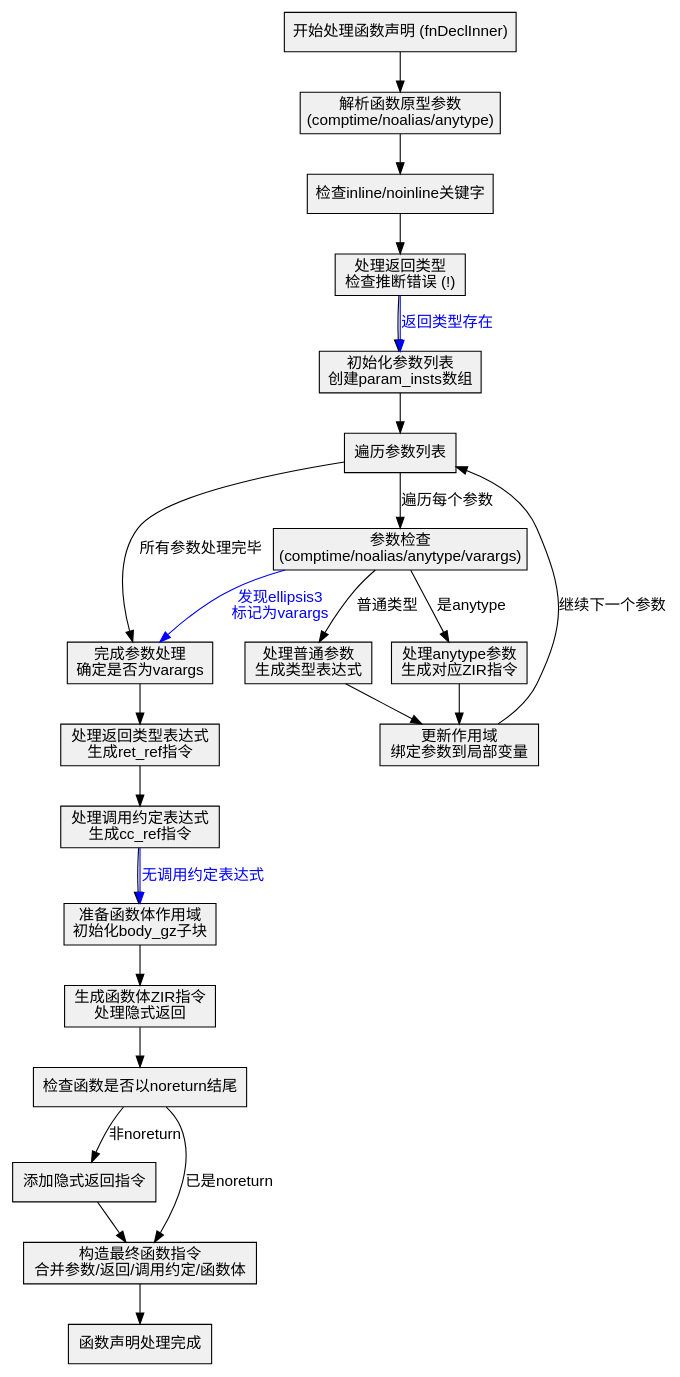
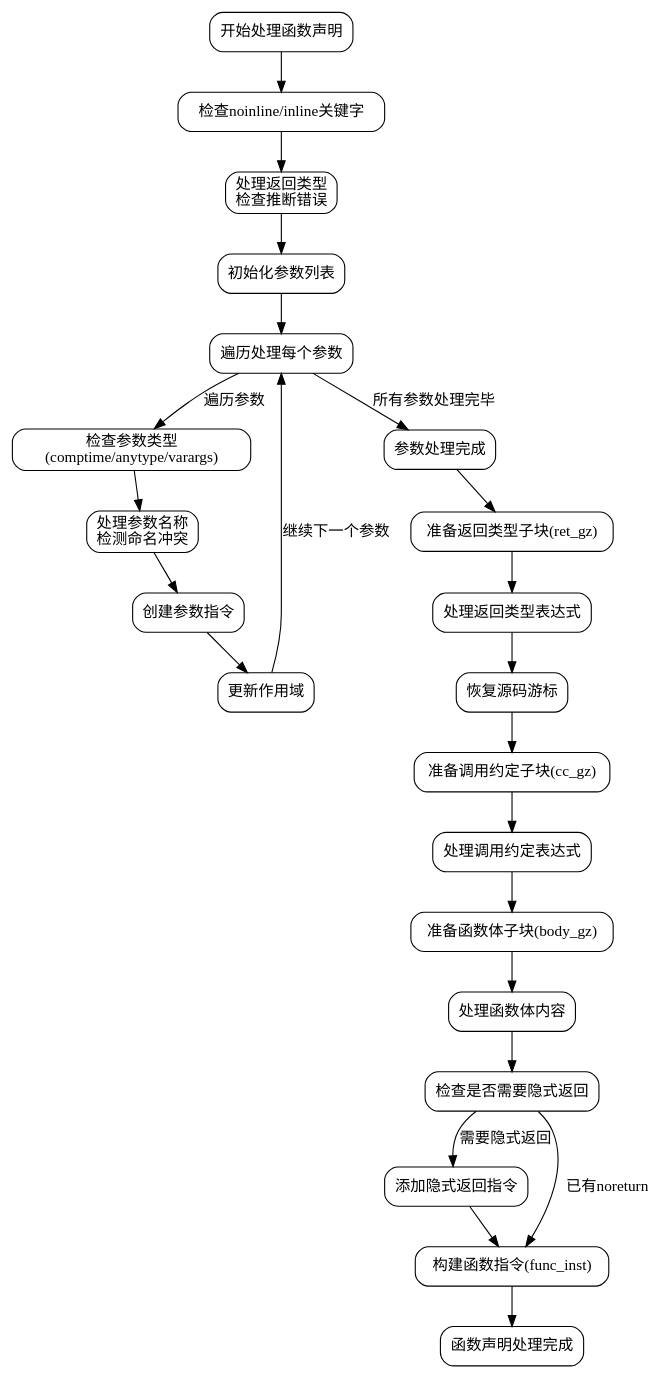
One commit to sdzx-1/deepseek-zig-reader changed the diagram in dot_std/zig/AstGen.zig.fnDeclInner.md. Above: the diagram before and after it, drawn with Graphviz. The commit also changed other lines of this file and 236 other files, not shown here.

````diff
--- a/dot_std/zig/AstGen.zig.fnDeclInner.md
+++ b/dot_std/zig/AstGen.zig.fnDeclInner.md
@@ -25,60 +17,52 @@
 ```dot
-digraph flowchart {
-    node [shape=rectangle, fontname="Arial", style=filled, fillcolor="#f0f0f0"];
-    edge [fontname="Arial"];
+digraph FnDeclInnerFlow {
+    node [shape=rectangle, style=rounded];
 
-    start [label="开始处理函数声明 (fnDeclInner)"];
-    parse_proto [label="解析函数原型参数\n(comptime/noalias/anytype)"];
-    check_inline [label="检查inline/noinline关键字"];
-    handle_return_type [label="处理返回类型\n检查推断错误 (!)"];
-    init_params [label="初始化参数列表\n创建param_insts数组"];
-    process_params [label="遍历参数列表"];
-    param_checks [label="参数检查\n(comptime/noalias/anytype/varargs)"];
-    handle_anytype [label="处理anytype参数\n生成对应ZIR指令"];
-    handle_normal_param [label="处理普通参数\n生成类型表达式"];
-    update_scope [label="更新作用域\n绑定参数到局部变量"];
-    finalize_params [label="完成参数处理\n确定是否为varargs"];
-    process_return [label="处理返回类型表达式\n生成ret_ref指令"];
-    handle_calling_conv [label="处理调用约定表达式\n生成cc_ref指令"];
-    prepare_body [label="准备函数体作用域\n初始化body_gz子块"];
-    generate_body [label="生成函数体ZIR指令\n处理隐式返回"];
-    check_noreturn [label="检查函数是否以noreturn结尾"];
+    start [label="开始处理函数声明"];
+    check_keywords [label="检查noinline/inline关键字"];
+    handle_return_type [label="处理返回类型\n检查推断错误"];
+    init_params [label="初始化参数列表"];
+    process_params [label="遍历处理每个参数"];
+    param_type_check [label="检查参数类型\n(comptime/anytype/varargs)"];
+    handle_param_name [label="处理参数名称\n检测命名冲突"];
+    create_param_inst [label="创建参数指令"];
+    update_scope [label="更新作用域"];
+    params_done [label="参数处理完成"];
+    prepare_ret_gz [label="准备返回类型子块(ret_gz)"];
+    handle_return_expression [label="处理返回类型表达式"];
+    restore_cursor [label="恢复源码游标"];
+    prepare_cc_gz [label="准备调用约定子块(cc_gz)"];
+    handle_callconv [label="处理调用约定表达式"];
+    prepare_body_gz [label="准备函数体子块(body_gz)"];
+    process_function_body [label="处理函数体内容"];
+    check_noreturn [label="检查是否需要隐式返回"];
     add_implicit_return [label="添加隐式返回指令"];
-    finalize_func [label="构造最终函数指令\n合并参数/返回/调用约定/函数体"];
-    end [label="函数声明处理完成"];
+    build_func_inst [label="构建函数指令(func_inst)"];
+    finish [label="函数声明处理完成"];
 
-    start -> parse_proto;
-    parse_proto -> check_inline;
-    check_inline -> handle_return_type;
+    start -> check_keywords;
+    check_keywords -> handle_return_type;
     handle_return_type -> init_params;
     init_params -> process_params;
 
-    process_params -> param_checks [label="遍历每个参数"];
-    param_checks -> handle_anytype [label="是anytype"];
-    param_checks -> handle_normal_param [label="普通类型"];
-    
-    handle_anytype -> update_scope;
-    handle_normal_param -> update_scope;
-    
+    process_params -> param_type_check [label="遍历参数"];
+    param_type_check -> handle_param_name;
+    handle_param_name -> create_param_inst;
+    create_param_inst -> update_scope;
     update_scope -> process_params [label="继续下一个参数"];
-    process_params -> finalize_params [label="所有参数处理完毕"];
-    
-    finalize_params -> process_return;
-    process_return -> handle_calling_conv;
-    handle_calling_conv -> prepare_body;
-    prepare_body -> generate_body;
-    generate_body -> check_noreturn;
-    
-    check_noreturn -> add_implicit_return [label="非noreturn"];
-    check_noreturn -> finalize_func [label="已是noreturn"];
-    
-    add_implicit_return -> finalize_func;
-    finalize_func -> end;
+    process_params -> params_done [label="所有参数处理完毕"];
 
-    // 条件分支标注
-    edge [color=blue, fontcolor=blue];
-    param_checks -> finalize_params [label="发现ellipsis3\n标记为varargs"];
-    handle_return_type -> init_params [label="返回类型存在"];
-    handle_calling_conv -> prepare_body [label="无调用约定表达式"];
+    params_done -> prepare_ret_gz;
+    prepare_ret_gz -> handle_return_expression;
+    handle_return_expression -> restore_cursor;
+    restore_cursor -> prepare_cc_gz;
+    prepare_cc_gz -> handle_callconv;
+    handle_callconv -> prepare_body_gz;
+    prepare_body_gz -> process_function_body;
+    process_function_body -> check_noreturn;
+    check_noreturn -> add_implicit_return [label="需要隐式返回"];
+    check_noreturn -> build_func_inst [label="已有noreturn"];
+    add_implicit_return -> build_func_inst;
+    build_func_inst -> finish;
 }
 ```
````
